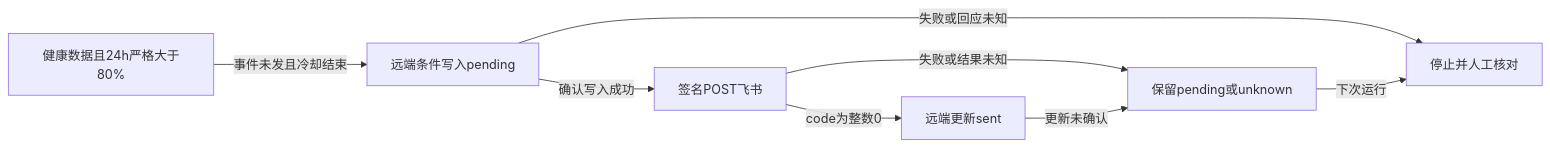
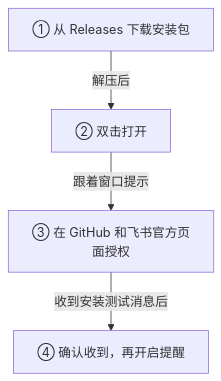
The diagram in README.md (YuShenLiu06/codex-reset-monitor), drawn with Mermaid before and after one commit. The commit also changed other lines of this file and 3 other files, not shown here.

````diff
--- a/README.md
+++ b/README.md
@@ -72,10 +29,6 @@
 ```mermaid
-flowchart LR
-  A[健康数据且24h严格大于80%] -->|事件未发且冷却结束| B[远端条件写入pending]
-  B -->|确认写入成功| C[签名POST飞书]
-  B -->|失败或回应未知| X[停止并人工核对]
-  C -->|code为整数0| D[远端更新sent]
-  C -->|失败或结果未知| U[保留pending或unknown]
-  D -->|更新未确认| U
-  U -->|下次运行| X
+flowchart TD
+    A[① 从 Releases 下载安装包] -->|解压后| B[② 双击打开]
+    B -->|跟着窗口提示| C[③ 在 GitHub 和飞书官方页面授权]
+    C -->|收到安装测试消息后| D[④ 确认收到，再开启提醒]
 ```
````
